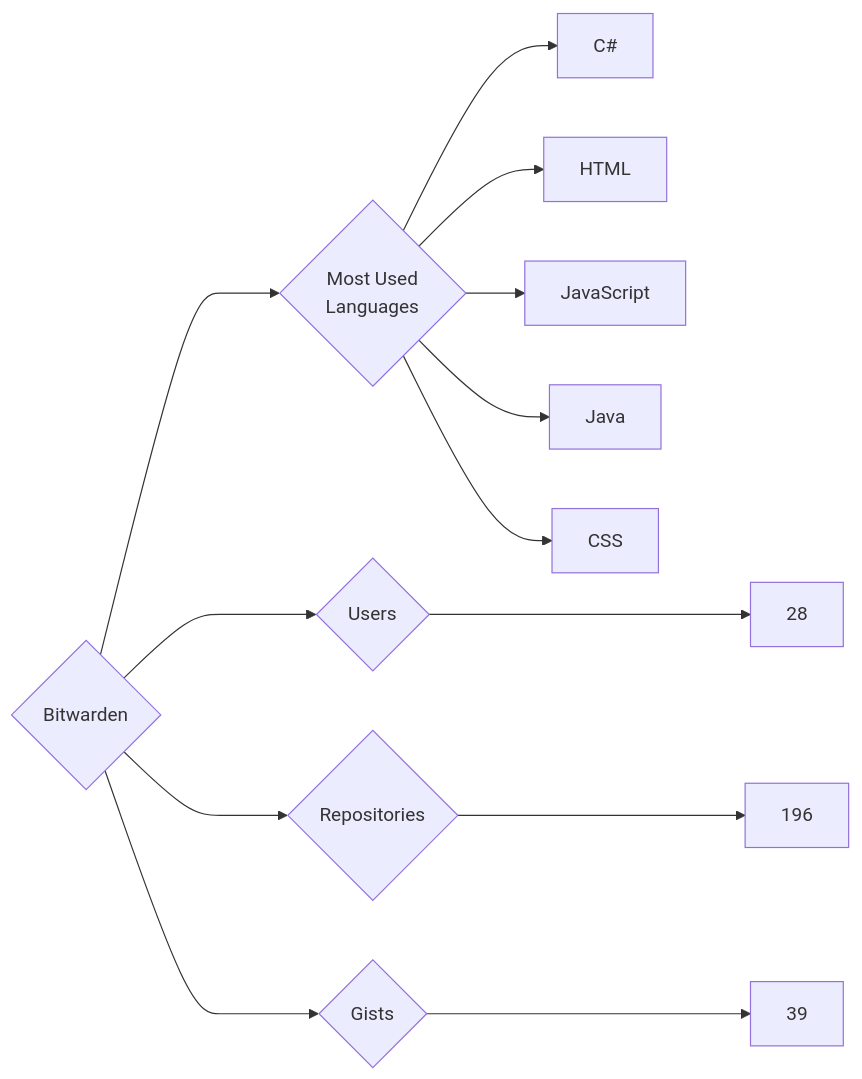
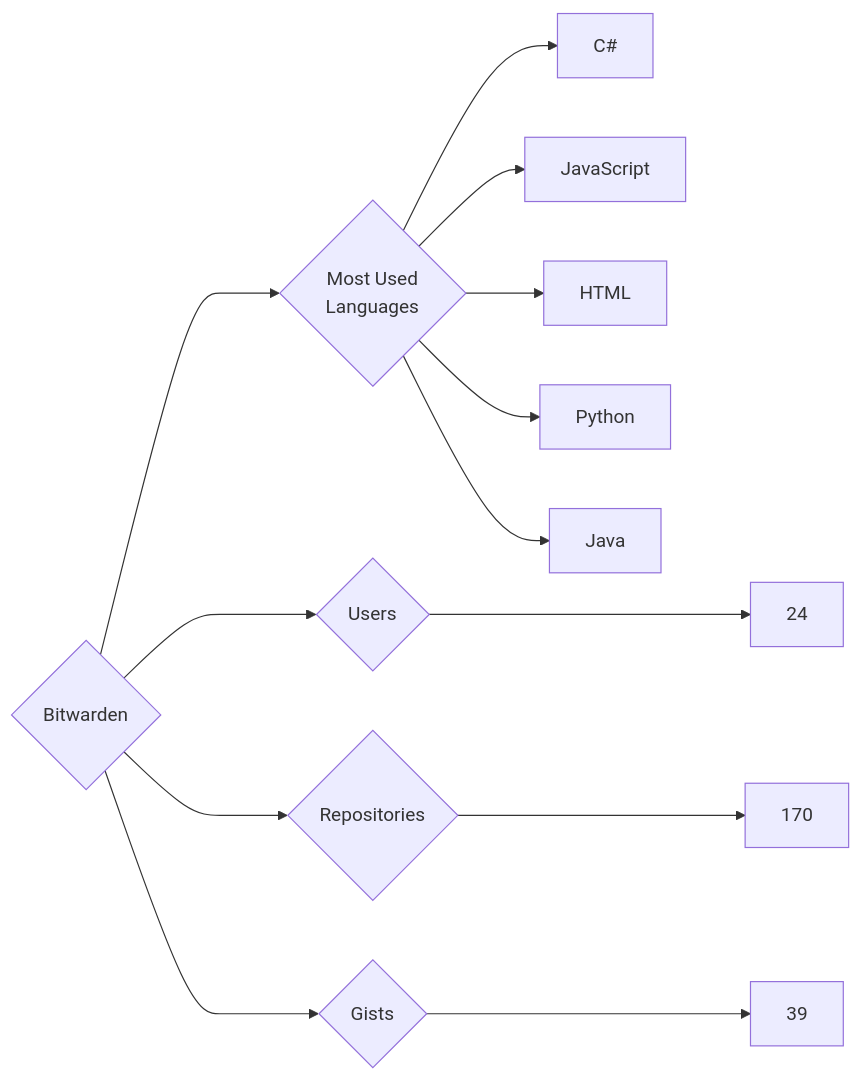
Before and after one commit to trickest/insiders: the diagram in targets/Bitwarden/README.md, drawn with Mermaid. The commit also changed 930 other files, not shown here.

````diff
--- a/targets/Bitwarden/README.md
+++ b/targets/Bitwarden/README.md
@@ -3,13 +3,13 @@
 ```mermaid
 graph LR
 COMPANY_NAME{Bitwarden}
-COMPANY_NAME ---> U{Users} ---> UN[28]
-COMPANY_NAME ---> R{Repositories} ---> RN[196]
+COMPANY_NAME ---> U{Users} ---> UN[24]
+COMPANY_NAME ---> R{Repositories} ---> RN[170]
 COMPANY_NAME ---> G{Gists} ---> GN[39]
 COMPANY_NAME ---> ML{Most Used<br>Languages}
 ML --> C#[C#]
+ML --> JavaScript[JavaScript]
 ML --> HTML[HTML]
-ML --> JavaScript[JavaScript]
+ML --> Python[Python]
 ML --> Java[Java]
-ML --> CSS[CSS]
 ```
````
